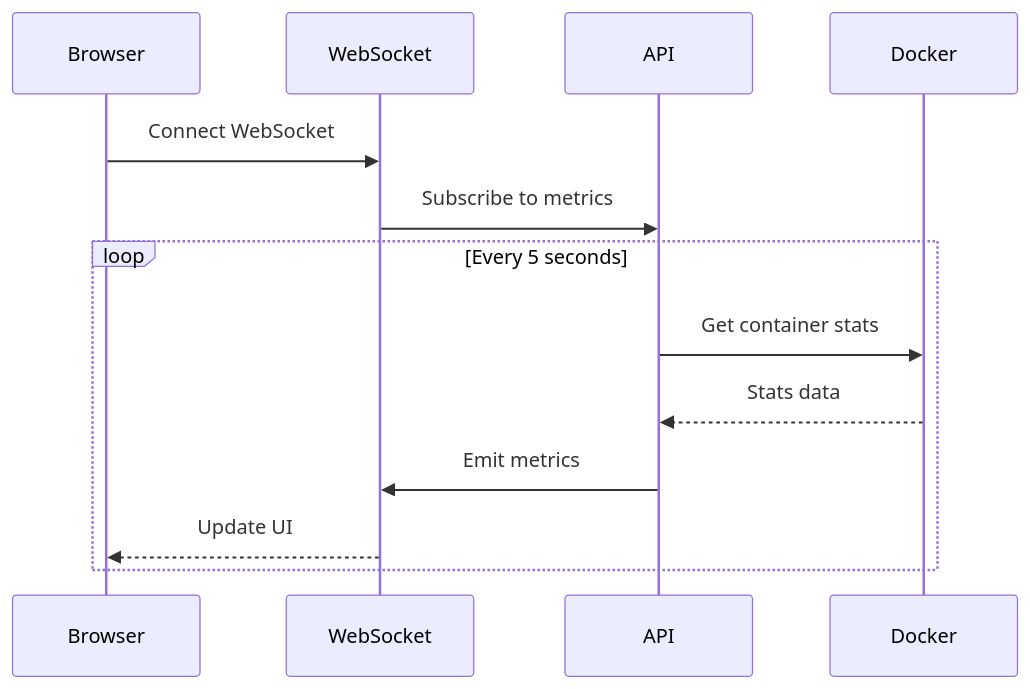
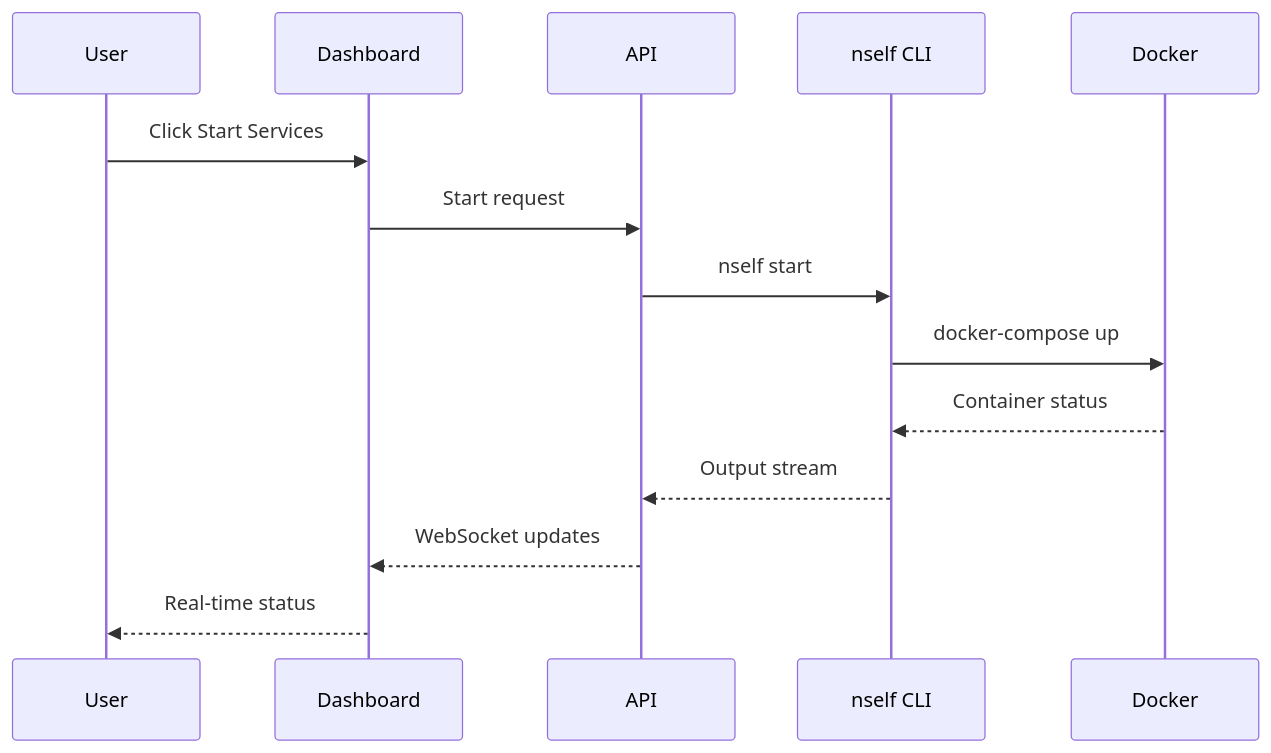
The fourth of 5 diagrams in docs/Architecture.md (acamarata/nself-admin), drawn with Mermaid before and after one commit. The commit also changed other lines of this file and 9 other files, not shown here.

````diff
--- a/docs/Architecture.md
+++ b/docs/Architecture.md
@@ -177,16 +147,17 @@
 ```mermaid
 sequenceDiagram
-    participant B as Browser
-    participant W as WebSocket
-    participant A as API
-    participant D as Docker
+    participant U as User
+    participant D as Dashboard
+    participant API as API
+    participant CLI as nself CLI
+    participant Docker as Docker
 
-    B->>W: Connect WebSocket
-    W->>A: Subscribe to metrics
-    loop Every 5 seconds
-        A->>D: Get container stats
-        D-->>A: Stats data
-        A->>W: Emit metrics
-        W-->>B: Update UI
-    end
+    U->>D: Click Start Services
+    D->>API: Start request
+    API->>CLI: nself start
+    CLI->>Docker: docker-compose up
+    Docker-->>CLI: Container status
+    CLI-->>API: Output stream
+    API-->>D: WebSocket updates
+    D-->>U: Real-time status
 ```
````
